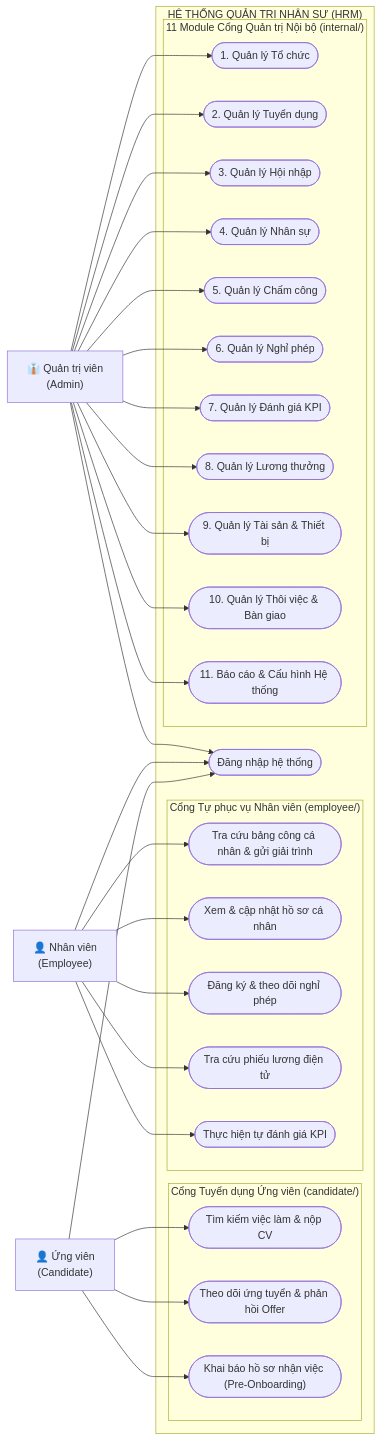
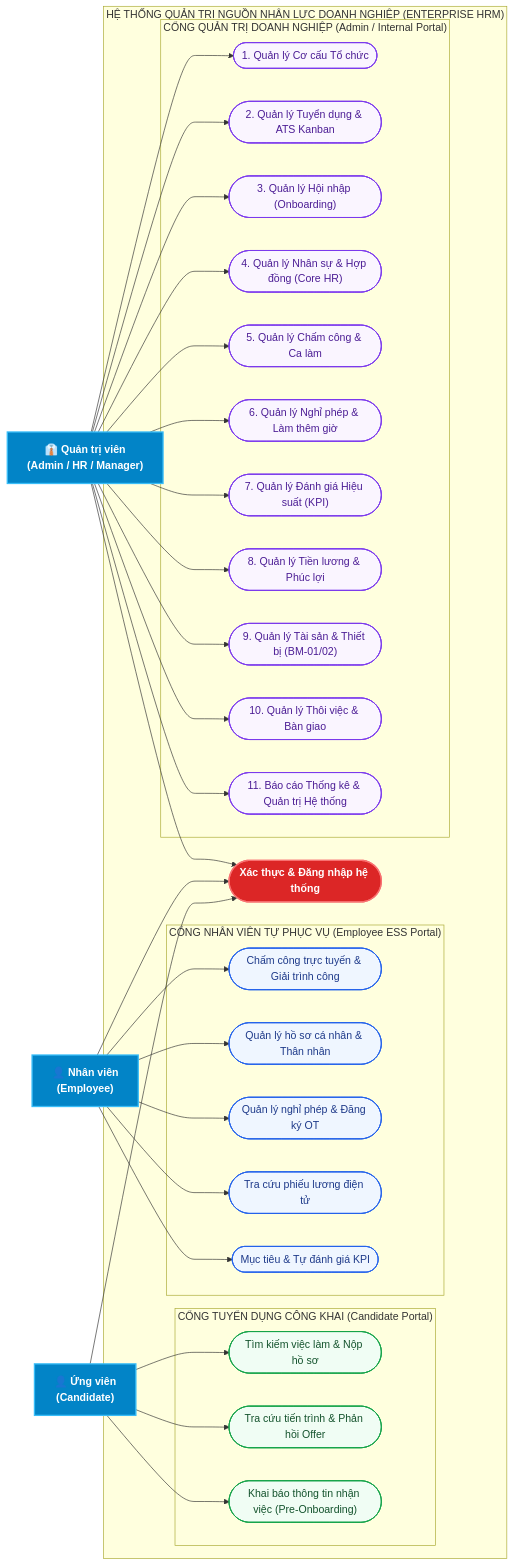
The first of 37 diagrams in docs/Các biểu đồ/So_Do_Use_Case_Tong_Quat_HRM.md (aye2710/HRM-DATN), drawn with Mermaid before and after one commit. The commit also changed other lines of this file and 275 other files, not shown here.

Commit message:
docs: add full UML & ERD documentation suite (Use Case, Sequence, Activity, ERD, Class Diagram) with embedded Word exports

````diff
--- a/docs/Các biểu đồ/So_Do_Use_Case_Tong_Quat_HRM.md
+++ b/docs/Các biểu đồ/So_Do_Use_Case_Tong_Quat_HRM.md
@@ -18,64 +26,76 @@
 ```mermaid
 flowchart LR
     CAND["👤 Ứng viên\n(Candidate)"]
     EMP["👤 Nhân viên\n(Employee)"]
-    ADMIN["👔 Quản trị viên\n(Admin)"]
+    ADMIN["👔 Quản trị viên\n(Admin / HR / Manager)"]
 
-    subgraph HRM_SYSTEM ["HỆ THỐNG QUẢN TRỊ NHÂN SỰ (HRM)"]
+    subgraph HRM_SYSTEM ["HỆ THỐNG QUẢN TRỊ NGUỒN NHÂN LỰC DOANH NGHIỆP (ENTERPRISE HRM)"]
         
-        subgraph PORTAL_CAND ["Cổng Tuyển dụng Ứng viên (candidate/)"]
-            UC_C1(["Tìm kiếm việc làm & nộp CV"])
-            UC_C2(["Theo dõi ứng tuyển & phản hồi Offer"])
-            UC_C3(["Khai báo hồ sơ nhận việc (Pre-Onboarding)"])
+        subgraph PORTAL_CAND ["CỔNG TUYỂN DỤNG CÔNG KHAI (Candidate Portal)"]
+            UC_C1(["Tìm kiếm việc làm & Nộp hồ sơ"])
+            UC_C2(["Tra cứu tiến trình & Phản hồi Offer"])
+            UC_C3(["Khai báo thông tin nhận việc (Pre-Onboarding)"])
         end
 
-        subgraph PORTAL_EMP ["Cổng Tự phục vụ Nhân viên (employee/)"]
-            UC_E1(["Tra cứu bảng công cá nhân & gửi giải trình"])
-            UC_E2(["Xem & cập nhật hồ sơ cá nhân"])
-            UC_E3(["Đăng ký & theo dõi nghỉ phép"])
+        subgraph PORTAL_EMP ["CỔNG NHÂN VIÊN TỰ PHỤC VỤ (Employee ESS Portal)"]
+            UC_E1(["Chấm công trực tuyến & Giải trình công"])
+            UC_E2(["Quản lý hồ sơ cá nhân & Thân nhân"])
+            UC_E3(["Quản lý nghỉ phép & Đăng ký OT"])
             UC_E4(["Tra cứu phiếu lương điện tử"])
-            UC_E5(["Thực hiện tự đánh giá KPI"])
+            UC_E5(["Mục tiêu & Tự đánh giá KPI"])
         end
 
-        subgraph PORTAL_ADMIN ["11 Module Cổng Quản trị Nội bộ (internal/)"]
-            UC_M1(["1. Quản lý Tổ chức"])
-            UC_M2(["2. Quản lý Tuyển dụng"])
-            UC_M3(["3. Quản lý Hội nhập"])
-            UC_M4(["4. Quản lý Nhân sự"])
-            UC_M5(["5. Quản lý Chấm công"])
-            UC_M6(["6. Quản lý Nghỉ phép"])
-            UC_M7(["7. Quản lý Đánh giá KPI"])
-            UC_M8(["8. Quản lý Lương thưởng"])
-            UC_M9(["9. Quản lý Tài sản & Thiết bị"])
+        subgraph PORTAL_ADMIN ["CỔNG QUẢN TRỊ DOANH NGHIỆP (Admin / Internal Portal)"]
+            UC_M1(["1. Quản lý Cơ cấu Tổ chức"])
+            UC_M2(["2. Quản lý Tuyển dụng & ATS Kanban"])
+            UC_M3(["3. Quản lý Hội nhập (Onboarding)"])
+            UC_M4(["4. Quản lý Nhân sự & Hợp đồng (Core HR)"])
+            UC_M5(["5. Quản lý Chấm công & Ca làm"])
+            UC_M6(["6. Quản lý Nghỉ phép & Làm thêm giờ"])
+            UC_M7(["7. Quản lý Đánh giá Hiệu suất (KPI)"])
+            UC_M8(["8. Quản lý Tiền lương & Phúc lợi"])
+            UC_M9(["9. Quản lý Tài sản & Thiết bị (BM-01/02)"])
             UC_M10(["10. Quản lý Thôi việc & Bàn giao"])
-            UC_M11(["11. Báo cáo & Cấu hình Hệ thống"])
+            UC_M11(["11. Báo cáo Thống kê & Quản trị Hệ thống"])
         end
 
-        UC_LOGIN(["Đăng nhập hệ thống"])
+        UC_AUTH(["Xác thực & Đăng nhập hệ thống"])
     end
 
-    CAND --> UC_LOGIN
+    CAND --> UC_AUTH
     CAND --> UC_C1
     CAND --> UC_C2
     CAND --> UC_C3
 
-    EMP --> UC_LOGIN
+    EMP --> UC_AUTH
     EMP --> UC_E1
     EMP --> UC_E2
     EMP --> UC_E3
     EMP --> UC_E4
     EMP --> UC_E5
 
-    ADMIN --> UC_LOGIN
+    ADMIN --> UC_AUTH
     ADMIN --> UC_M1
     ADMIN --> UC_M2
     ADMIN --> UC_M3
     ADMIN --> UC_M4
     ADMIN --> UC_M5
     ADMIN --> UC_M6
     ADMIN --> UC_M7
     ADMIN --> UC_M8
     ADMIN --> UC_M9
     ADMIN --> UC_M10
     ADMIN --> UC_M11
+
+    classDef actor fill:#0284c7,stroke:#38bdf8,stroke-width:2px,color:#ffffff,font-weight:bold;
+    classDef auth fill:#dc2626,stroke:#f87171,stroke-width:2px,color:#ffffff,font-weight:bold;
+    classDef ucCand fill:#f0fdf4,stroke:#16a34a,stroke-width:1.5px,color:#14532d;
+    classDef ucEmp fill:#eff6ff,stroke:#2563eb,stroke-width:1.5px,color:#1e3a8a;
+    classDef ucAdmin fill:#faf5ff,stroke:#7c3aed,stroke-width:1.5px,color:#4c1d95;
+
+    class CAND,EMP,ADMIN actor;
+    class UC_AUTH auth;
+    class UC_C1,UC_C2,UC_C3 ucCand;
+    class UC_E1,UC_E2,UC_E3,UC_E4,UC_E5 ucEmp;
+    class UC_M1,UC_M2,UC_M3,UC_M4,UC_M5,UC_M6,UC_M7,UC_M8,UC_M9,UC_M10,UC_M11 ucAdmin;
 ```
````
